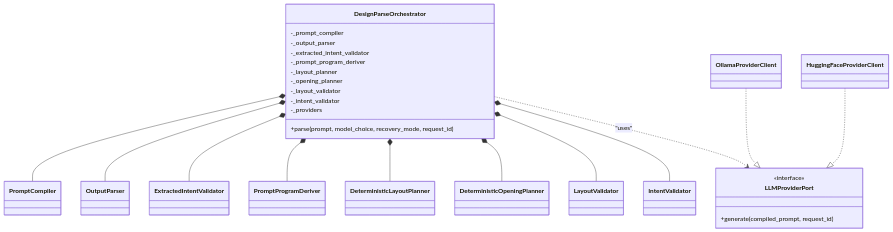
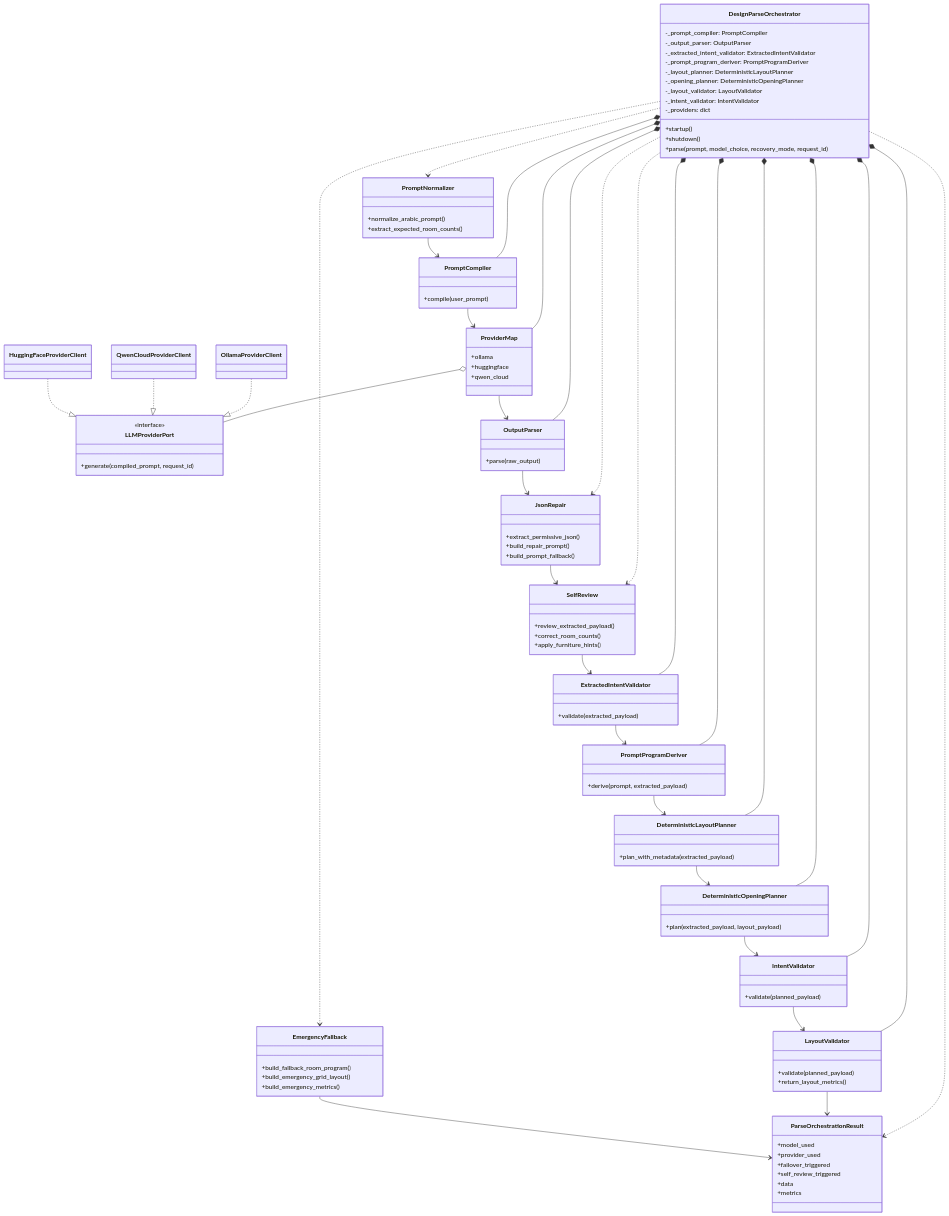
The diagram in docs/uml/structure/10_composite_structure_diagram.md (Youssefx64/CadArena), drawn with Mermaid before and after one commit. The commit also changed other lines of this file and 13 other files, not shown here.

````diff
--- a/docs/uml/structure/10_composite_structure_diagram.md
+++ b/docs/uml/structure/10_composite_structure_diagram.md
@@ -8,33 +8,84 @@
 ```mermaid
 classDiagram
     class DesignParseOrchestrator {
-        -_prompt_compiler
-        -_output_parser
-        -_extracted_intent_validator
-        -_prompt_program_deriver
-        -_layout_planner
-        -_opening_planner
-        -_layout_validator
-        -_intent_validator
-        -_providers
+        -_prompt_compiler: PromptCompiler
+        -_output_parser: OutputParser
+        -_extracted_intent_validator: ExtractedIntentValidator
+        -_prompt_program_deriver: PromptProgramDeriver
+        -_layout_planner: DeterministicLayoutPlanner
+        -_opening_planner: DeterministicOpeningPlanner
+        -_layout_validator: LayoutValidator
+        -_intent_validator: IntentValidator
+        -_providers: dict
+        +startup()
+        +shutdown()
         +parse(prompt, model_choice, recovery_mode, request_id)
     }
 
-    class PromptCompiler
-    class OutputParser
-    class ExtractedIntentValidator
-    class PromptProgramDeriver
-    class DeterministicLayoutPlanner
-    class DeterministicOpeningPlanner
-    class LayoutValidator
-    class IntentValidator
-
+    class PromptNormalizer {
+        +normalize_arabic_prompt()
+        +extract_expected_room_counts()
+    }
+    class PromptCompiler {
+        +compile(user_prompt)
+    }
+    class ProviderMap {
+        +ollama
+        +huggingface
+        +qwen_cloud
+    }
     class LLMProviderPort {
         <<interface>>
         +generate(compiled_prompt, request_id)
     }
     class OllamaProviderClient
+    class QwenCloudProviderClient
     class HuggingFaceProviderClient
+    class OutputParser {
+        +parse(raw_output)
+    }
+    class JsonRepair {
+        +extract_permissive_json()
+        +build_repair_prompt()
+        +build_prompt_fallback()
+    }
+    class SelfReview {
+        +review_extracted_payload()
+        +correct_room_counts()
+        +apply_furniture_hints()
+    }
+    class ExtractedIntentValidator {
+        +validate(extracted_payload)
+    }
+    class PromptProgramDeriver {
+        +derive(prompt, extracted_payload)
+    }
+    class DeterministicLayoutPlanner {
+        +plan_with_metadata(extracted_payload)
+    }
+    class DeterministicOpeningPlanner {
+        +plan(extracted_payload, layout_payload)
+    }
+    class IntentValidator {
+        +validate(planned_payload)
+    }
+    class LayoutValidator {
+        +validate(planned_payload)
+        +return_layout_metrics()
+    }
+    class EmergencyFallback {
+        +build_fallback_room_program()
+        +build_emergency_grid_layout()
+        +build_emergency_metrics()
+    }
+    class ParseOrchestrationResult {
+        +model_used
+        +provider_used
+        +failover_triggered
+        +self_review_triggered
+        +data
+        +metrics
+    }
 
     DesignParseOrchestrator *-- PromptCompiler
     DesignParseOrchestrator *-- OutputParser
@@ -42,10 +93,32 @@
     DesignParseOrchestrator *-- PromptProgramDeriver
     DesignParseOrchestrator *-- DeterministicLayoutPlanner
     DesignParseOrchestrator *-- DeterministicOpeningPlanner
+    DesignParseOrchestrator *-- IntentValidator
     DesignParseOrchestrator *-- LayoutValidator
-    DesignParseOrchestrator *-- IntentValidator
+    DesignParseOrchestrator *-- ProviderMap
 
-    DesignParseOrchestrator ..> LLMProviderPort : "uses"
+    ProviderMap o-- LLMProviderPort
     OllamaProviderClient ..|> LLMProviderPort
+    QwenCloudProviderClient ..|> LLMProviderPort
     HuggingFaceProviderClient ..|> LLMProviderPort
+
+    DesignParseOrchestrator ..> PromptNormalizer
+    DesignParseOrchestrator ..> JsonRepair
+    DesignParseOrchestrator ..> SelfReview
+    DesignParseOrchestrator ..> EmergencyFallback
+    DesignParseOrchestrator ..> ParseOrchestrationResult
+
+    PromptNormalizer --> PromptCompiler
+    PromptCompiler --> ProviderMap
+    ProviderMap --> OutputParser
+    OutputParser --> JsonRepair
+    JsonRepair --> SelfReview
+    SelfReview --> ExtractedIntentValidator
+    ExtractedIntentValidator --> PromptProgramDeriver
+    PromptProgramDeriver --> DeterministicLayoutPlanner
+    DeterministicLayoutPlanner --> DeterministicOpeningPlanner
+    DeterministicOpeningPlanner --> IntentValidator
+    IntentValidator --> LayoutValidator
+    LayoutValidator --> ParseOrchestrationResult
+    EmergencyFallback --> ParseOrchestrationResult
 ```
````
